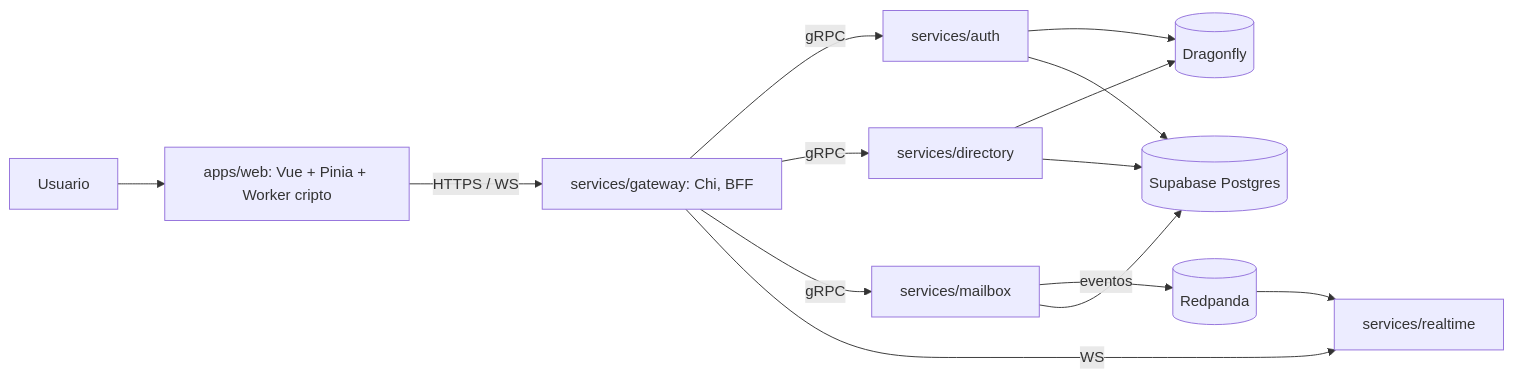
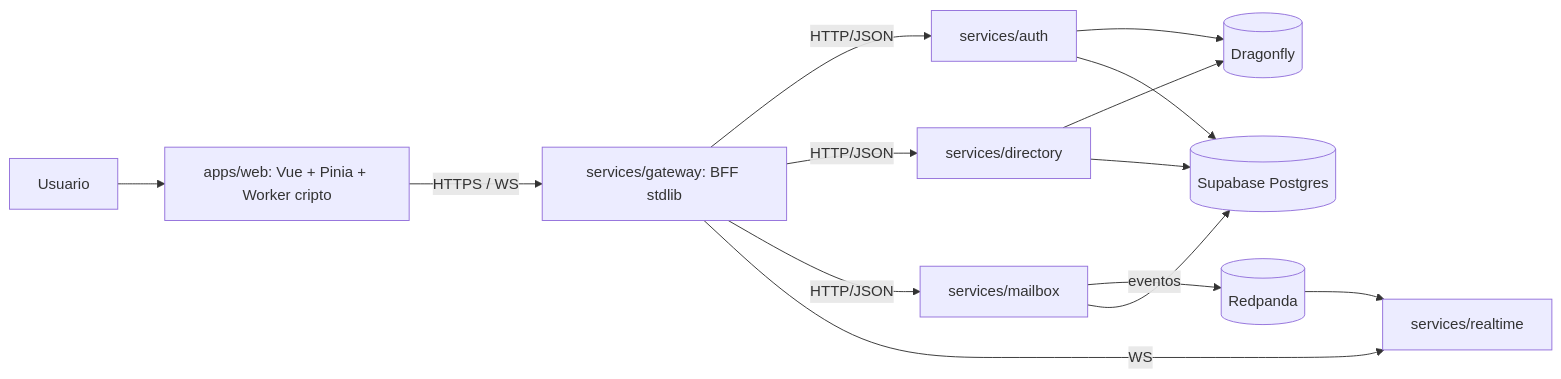
The diagram in docs/architecture.md (Jessbludev/bina-mail), drawn with Mermaid before and after one commit. The commit also changed other lines of this file and 22 other files, not shown here.

````diff
--- a/docs/architecture.md
+++ b/docs/architecture.md
@@ -5,16 +5,16 @@
 ```mermaid
 flowchart LR
   U[Usuario] --> W[apps/web: Vue + Pinia + Worker cripto]
-  W -->|HTTPS / WS| G[services/gateway: Chi, BFF]
-  G -->|gRPC| A[services/auth]
-  G -->|gRPC| D[services/directory]
-  G -->|gRPC| M[services/mailbox]
+  W -->|HTTPS / WS| G[services/gateway: BFF stdlib]
+  G -->|HTTP/JSON| A[services/auth]
+  G -->|HTTP/JSON| D[services/directory]
+  G -->|HTTP/JSON| M[services/mailbox]
   G -->|WS| R[services/realtime]
   M -->|eventos| P[(Redpanda)]
   P --> R
   A --> C[(Dragonfly)]
   D --> C
   M --> DB[(Supabase Postgres)]
   A --> DB
   D --> DB
 ```
````
